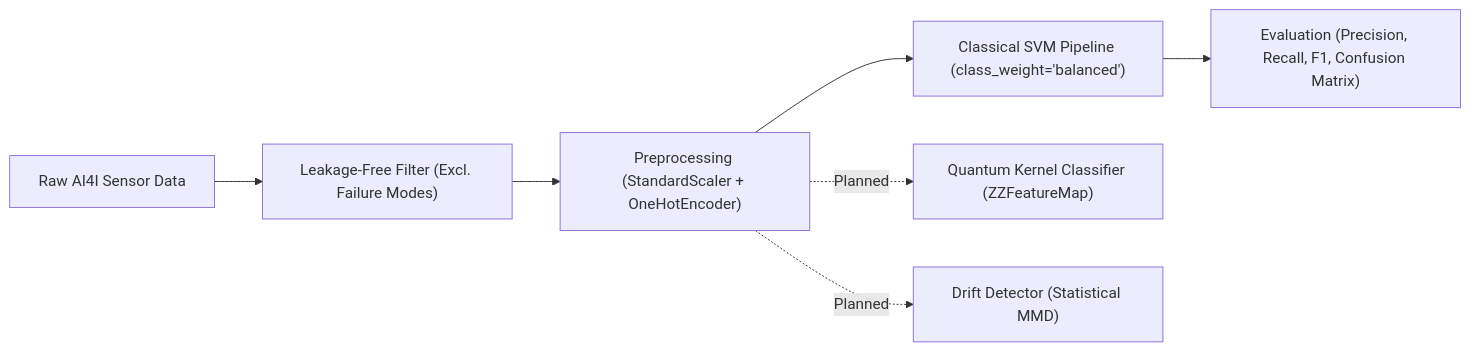
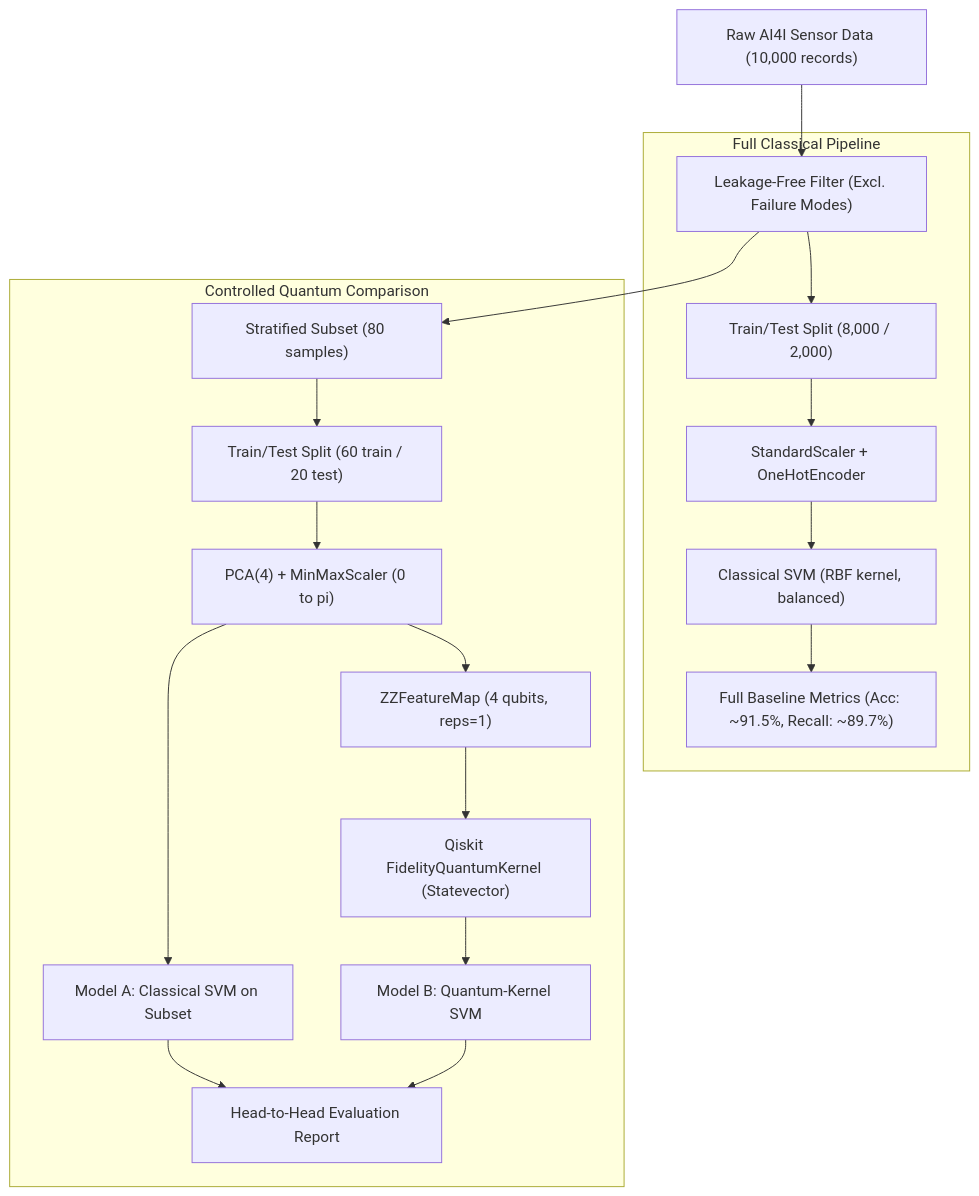
Before and after one commit to vtu-qiskit-fall-fest-2026/vtu-hc-phantoms: the diagram in README.md, drawn with Mermaid. The commit also changed other lines of this file and 3 other files, not shown here.

Commit message:
feat: add quantum kernel SVM comparison

````diff
--- a/README.md
+++ b/README.md
@@ -97,9 +126,22 @@
 ```mermaid
-flowchart LR
-    A["Raw AI4I Sensor Data"] --> B["Leakage-Free Filter (Excl. Failure Modes)"]
-    B --> C["Preprocessing (StandardScaler + OneHotEncoder)"]
-    C --> D["Classical SVM Pipeline (class_weight='balanced')"]
-    D --> E["Evaluation (Precision, Recall, F1, Confusion Matrix)"]
-    C -. Planned .-> F["Quantum Kernel Classifier (ZZFeatureMap)"]
-    C -. Planned .-> G["Drift Detector (Statistical MMD)"]
+flowchart TD
+    A["Raw AI4I Sensor Data (10,000 records)"] --> B["Leakage-Free Filter (Excl. Failure Modes)"]
+
+    subgraph Full Classical Pipeline
+        B --> C1["Train/Test Split (8,000 / 2,000)"]
+        C1 --> D1["StandardScaler + OneHotEncoder"]
+        D1 --> E1["Classical SVM (RBF kernel, balanced)"]
+        E1 --> F1["Full Baseline Metrics (Acc: ~91.5%, Recall: ~89.7%)"]
+    end
+
+    subgraph Controlled Quantum Comparison
+        B --> C2["Stratified Subset (80 samples)"]
+        C2 --> D2["Train/Test Split (60 train / 20 test)"]
+        D2 --> E2["PCA(4) + MinMaxScaler (0 to pi)"]
+        E2 --> F2["Model A: Classical SVM on Subset"]
+        E2 --> G2["ZZFeatureMap (4 qubits, reps=1)"]
+        G2 --> H2["Qiskit FidelityQuantumKernel (Statevector)"]
+        H2 --> I2["Model B: Quantum-Kernel SVM"]
+        F2 & I2 --> J2["Head-to-Head Evaluation Report"]
+    end
 ```
````
